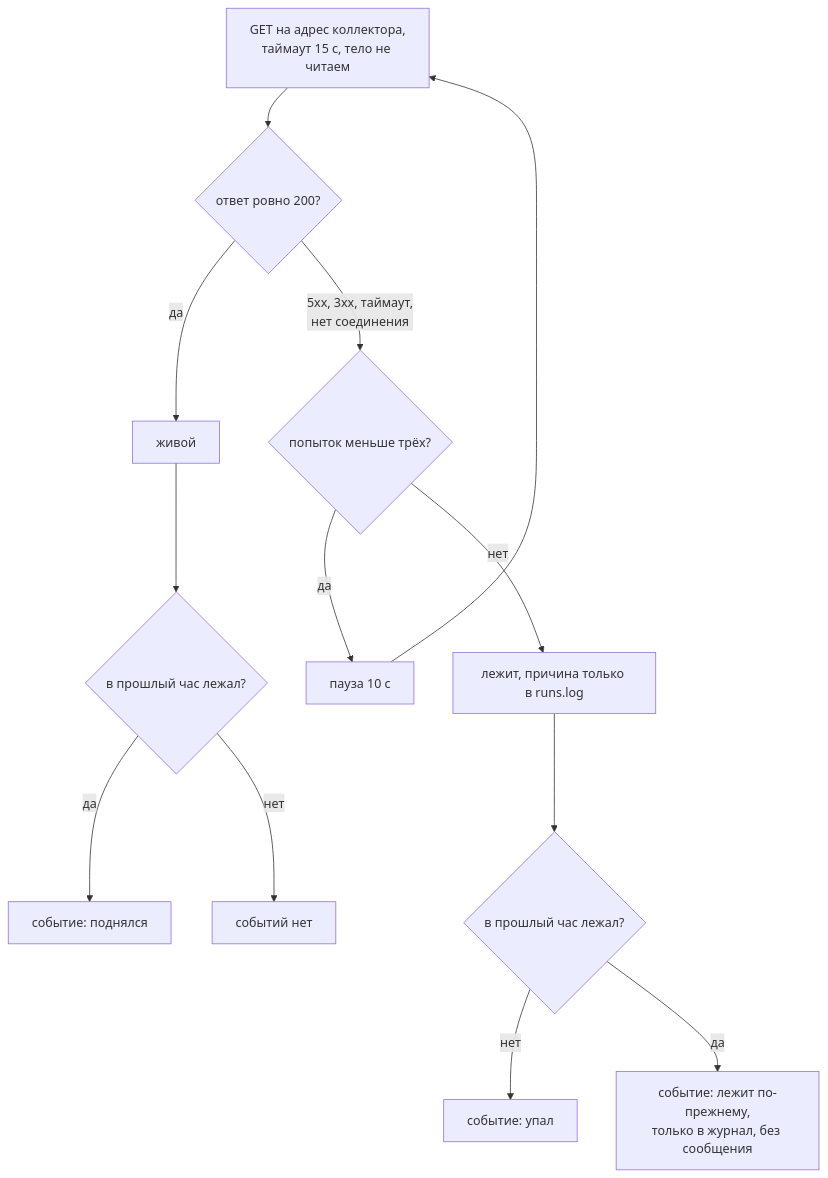
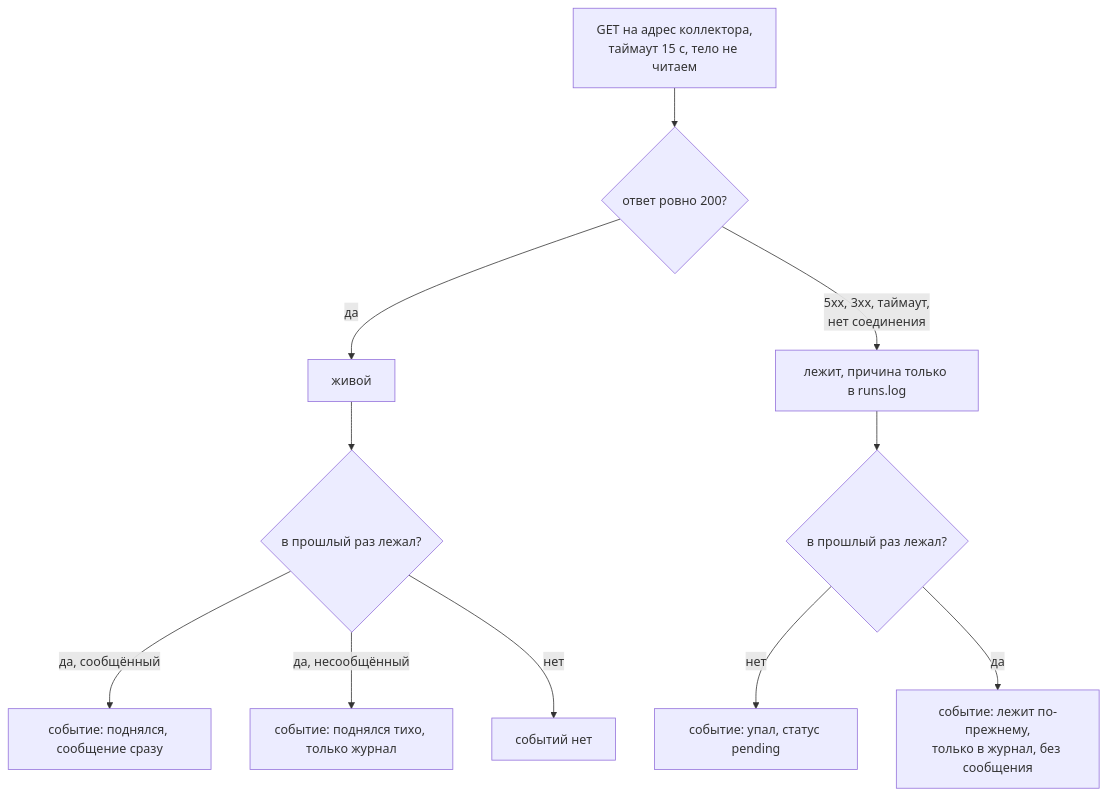
Before and after one commit to not-hehe/digital_tools: the third of 3 diagrams in automation/collector_checker/README.md, drawn with Mermaid. The commit also changed other lines of this file and 14 other files, not shown here.

````diff
--- a/automation/collector_checker/README.md
+++ b/automation/collector_checker/README.md
@@ -113,14 +144,13 @@
 ```mermaid
 flowchart TD
     GET[GET на адрес коллектора,<br/>таймаут 15 с, тело не читаем] --> R{ответ ровно 200?}
     R -->|да| UP[живой]
-    R -->|5xx, 3xx, таймаут,<br/>нет соединения| N{попыток меньше трёх?}
-    N -->|да| WAIT[пауза 10 с] --> GET
-    N -->|нет| DOWN[лежит, причина только в runs.log]
-    UP --> WAS{в прошлый час лежал?}
-    WAS -->|да| EVUP[событие: поднялся]
+    R -->|5xx, 3xx, таймаут,<br/>нет соединения| DOWN[лежит, причина только в runs.log]
+    UP --> WAS{в прошлый раз лежал?}
+    WAS -->|да, сообщённый| EVUP[событие: поднялся, сообщение сразу]
+    WAS -->|да, несообщённый| EVQUIET[событие: поднялся тихо, только журнал]
     WAS -->|нет| NONE[событий нет]
-    DOWN --> WAS2{в прошлый час лежал?}
-    WAS2 -->|нет| EVDOWN[событие: упал]
+    DOWN --> WAS2{в прошлый раз лежал?}
+    WAS2 -->|нет| EVDOWN[событие: упал, статус pending]
     WAS2 -->|да| EVSTILL[событие: лежит по-прежнему,<br/>только в журнал, без сообщения]
 ```
````
